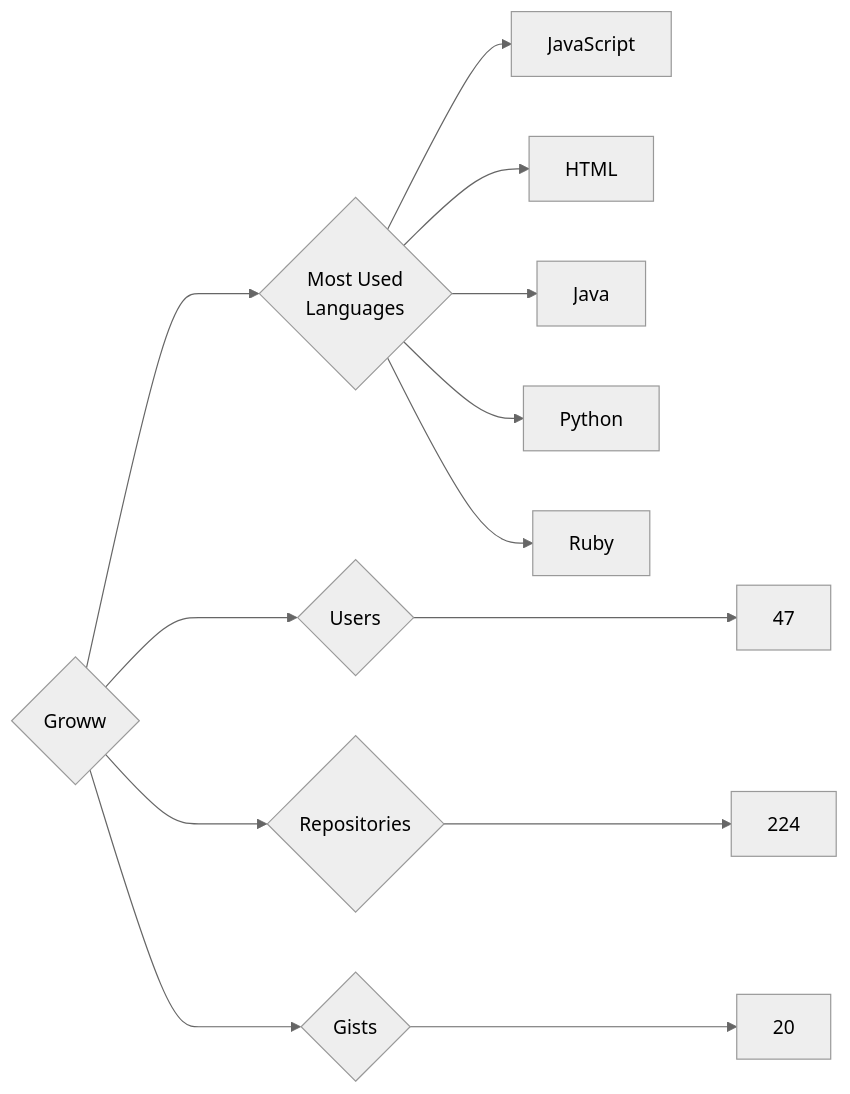
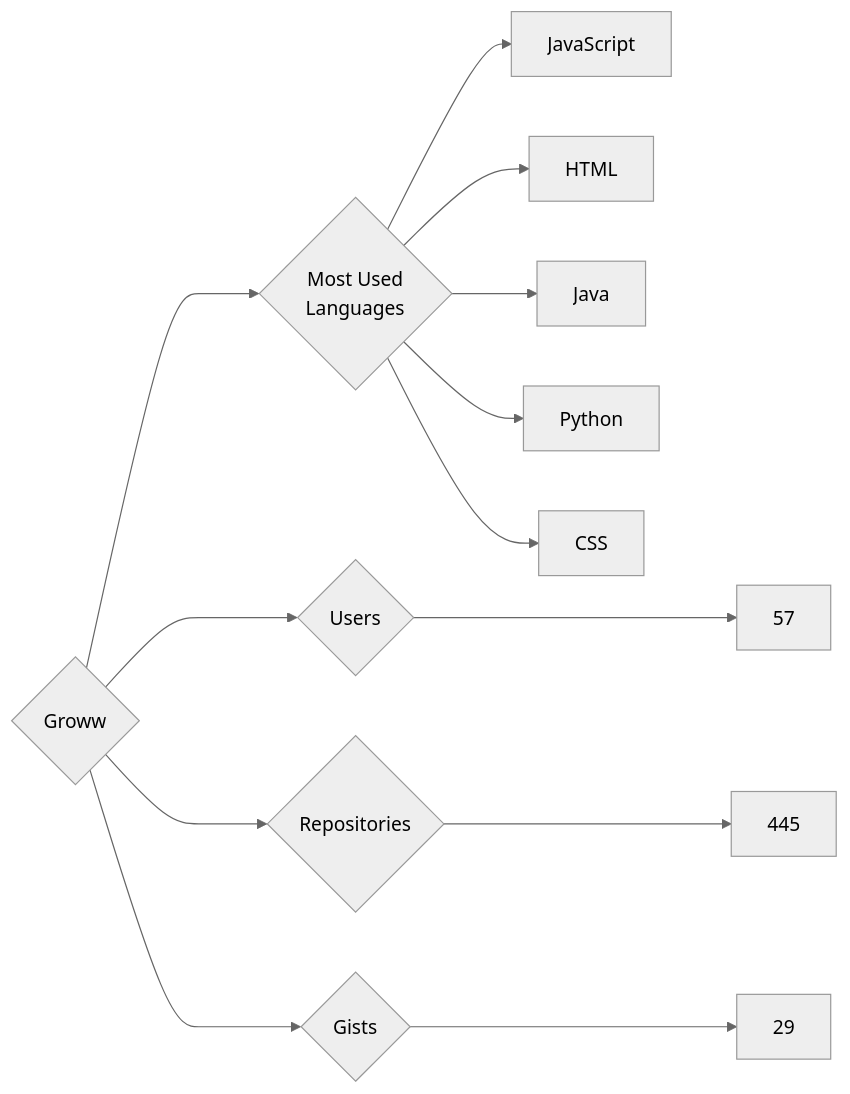
One commit to trickest/insiders changed the diagram in targets/Groww/README.md. Above: the diagram before and after it, drawn with Mermaid (neutral theme). The commit also changed 752 other files, not shown here.

````diff
--- a/targets/Groww/README.md
+++ b/targets/Groww/README.md
@@ -3,13 +3,13 @@
 ```mermaid
 graph LR
 COMPANY_NAME{Groww}
-COMPANY_NAME ---> U{Users} ---> UN[47]
-COMPANY_NAME ---> R{Repositories} ---> RN[224]
-COMPANY_NAME ---> G{Gists} ---> GN[20]
+COMPANY_NAME ---> U{Users} ---> UN[57]
+COMPANY_NAME ---> R{Repositories} ---> RN[445]
+COMPANY_NAME ---> G{Gists} ---> GN[29]
 COMPANY_NAME ---> ML{Most Used<br>Languages}
 ML --> JavaScript[JavaScript]
 ML --> HTML[HTML]
 ML --> Java[Java]
 ML --> Python[Python]
-ML --> Ruby[Ruby]
+ML --> CSS[CSS]
 ```
````
